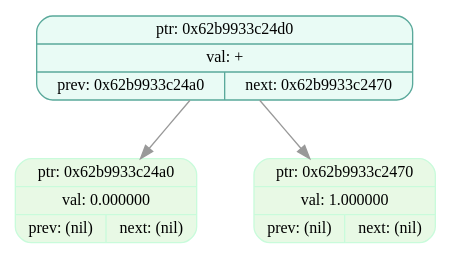
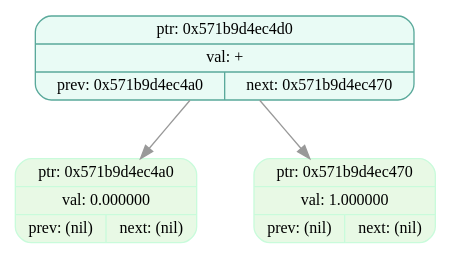
Before and after one commit to EvilTomato9890/Difference: the diagram in dumps/tree_dump_004.dot, drawn with Graphviz. The commit also changed 37 other files, not shown here.

```diff
--- a/dumps/tree_dump_004.dot
+++ b/dumps/tree_dump_004.dot
@@ -1,9 +1,9 @@
 digraph T{
   node [fontname="Fira Mono",shape=record,style="filled,rounded",fontsize=12];
   graph [splines=true, nodesep=0.6, ranksep=0.6];
-  node_0x62b9933c24d0[shape=record,label="{ {ptr: 0x62b9933c24d0} | {val: +} | { prev: 0x62b9933c24a0 | next: 0x62b9933c2470 } }",color="#5aa99b",fillcolor="#e9fbf5"];
-  node_0x62b9933c24a0[shape=record,label="{ {ptr: 0x62b9933c24a0} | {val: 0.000000} | { prev: (nil) | next: (nil) } }",color="#c9fbdbff",fillcolor="#e8f9e5ff"];
-  node_0x62b9933c2470[shape=record,label="{ {ptr: 0x62b9933c2470} | {val: 1.000000} | { prev: (nil) | next: (nil) } }",color="#c9fbdbff",fillcolor="#e8f9e5ff"];
-  node_0x62b9933c24d0 -> node_0x62b9933c24a0 [color="#999999"];
-  node_0x62b9933c24d0 -> node_0x62b9933c2470 [color="#999999"];
+  node_0x571b9d4ec4d0[shape=record,label="{ {ptr: 0x571b9d4ec4d0} | {val: +} | { prev: 0x571b9d4ec4a0 | next: 0x571b9d4ec470 } }",color="#5aa99b",fillcolor="#e9fbf5"];
+  node_0x571b9d4ec4a0[shape=record,label="{ {ptr: 0x571b9d4ec4a0} | {val: 0.000000} | { prev: (nil) | next: (nil) } }",color="#c9fbdbff",fillcolor="#e8f9e5ff"];
+  node_0x571b9d4ec470[shape=record,label="{ {ptr: 0x571b9d4ec470} | {val: 1.000000} | { prev: (nil) | next: (nil) } }",color="#c9fbdbff",fillcolor="#e8f9e5ff"];
+  node_0x571b9d4ec4d0 -> node_0x571b9d4ec4a0 [color="#999999"];
+  node_0x571b9d4ec4d0 -> node_0x571b9d4ec470 [color="#999999"];
 }
```
